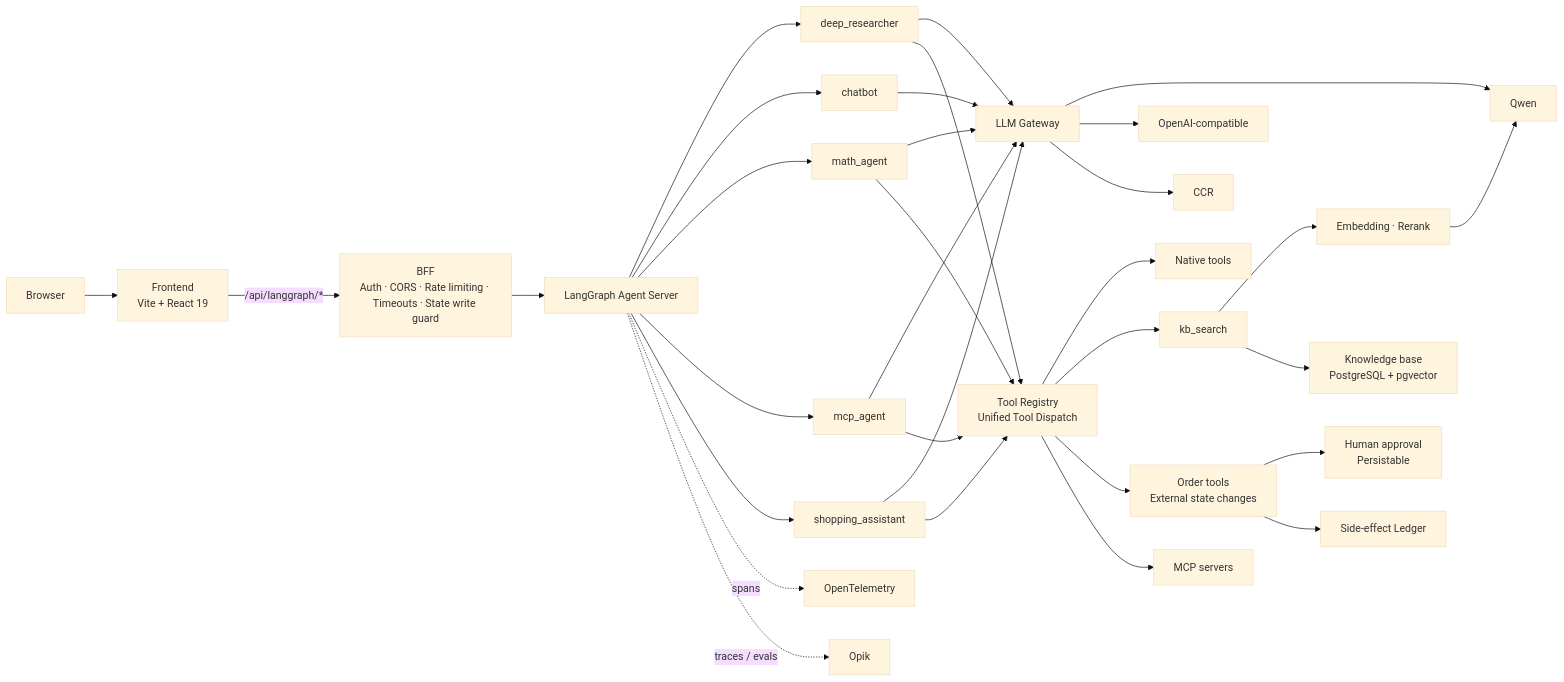
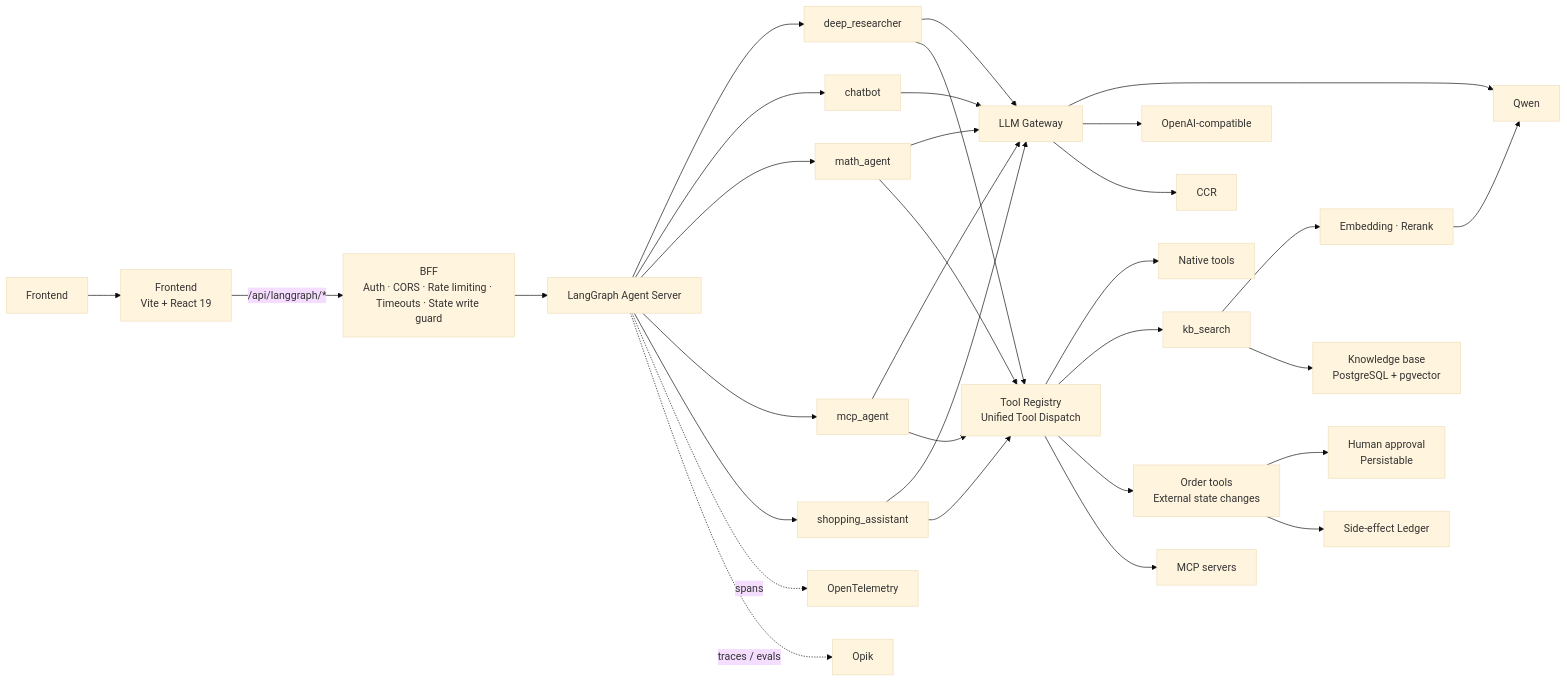
One commit to HsienW/chat-gun changed the diagram in README.en.md. Above: the diagram before and after it, drawn with Mermaid (base theme). The commit also changed other lines of this file and 2 other files, not shown here.

Commit message:
docs(readme): use frontend terminology consistently
- Replace browser references with frontend in the multilingual introductions.
- Align the affected architecture diagram labels with the revised terminology.

````diff
--- a/README.en.md
+++ b/README.en.md
@@ -160,59 +160,59 @@
 ```mermaid
 flowchart LR
-  B["Browser"]
+  B["Frontend"]
   F["Frontend<br/>Vite + React 19"]
   G["BFF<br/>Auth · CORS · Rate limiting · Timeouts · State write guard"]
   L["LangGraph Agent Server"]
   A1["deep_researcher"]
   A2["chatbot"]
   A3["math_agent"]
   A4["mcp_agent"]
   A5["shopping_assistant"]
   GW["LLM Gateway"]
   Q["Qwen"]
   O["OpenAI-compatible"]
   C["CCR"]
   TR["Tool Registry<br/>Unified Tool Dispatch"]
   NT["Native tools"]
   KB["kb_search"]
   OD["Order tools<br/>External state changes"]
   MT["MCP servers"]
   EM["Embedding · Rerank"]
   KS["Knowledge base<br/>PostgreSQL + pgvector"]
   HI["Human approval<br/>Persistable"]
   LG["Side-effect Ledger"]
   OT["OpenTelemetry"]
   OP["Opik"]
 
   B --> F
   F -->|"/api/langgraph/*"| G
   G --> L
   L --> A1
   L --> A2
   L --> A3
   L --> A4
   L --> A5
   A1 --> GW
   A2 --> GW
   A3 --> GW
   A4 --> GW
   A5 --> GW
   GW --> Q
   GW --> O
   GW --> C
   A1 --> TR
   A3 --> TR
   A4 --> TR
   A5 --> TR
   TR --> NT
   TR --> KB
   TR --> OD
   TR --> MT
   KB --> EM
   KB --> KS
   EM --> Q
   OD --> HI
   OD --> LG
   L -.->|"spans"| OT
   L -.->|"traces / evals"| OP
 ```
````
